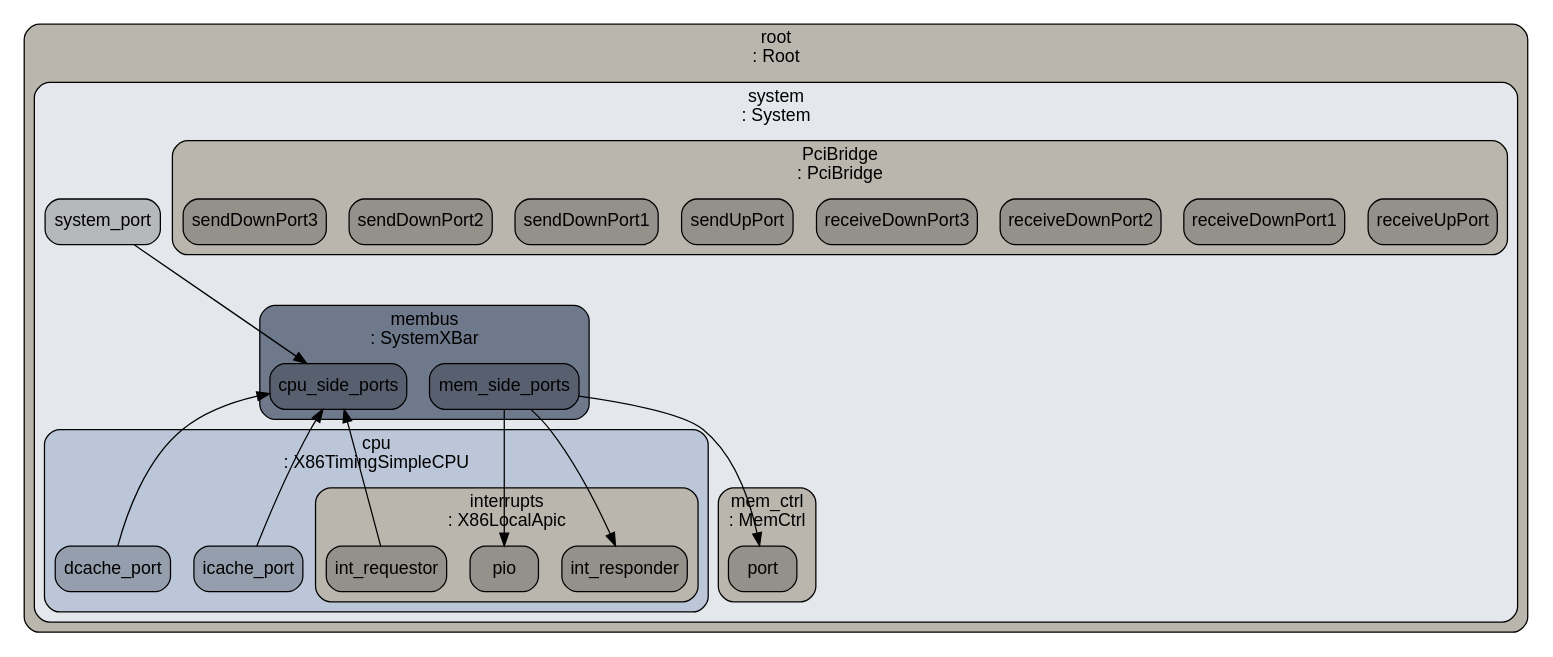
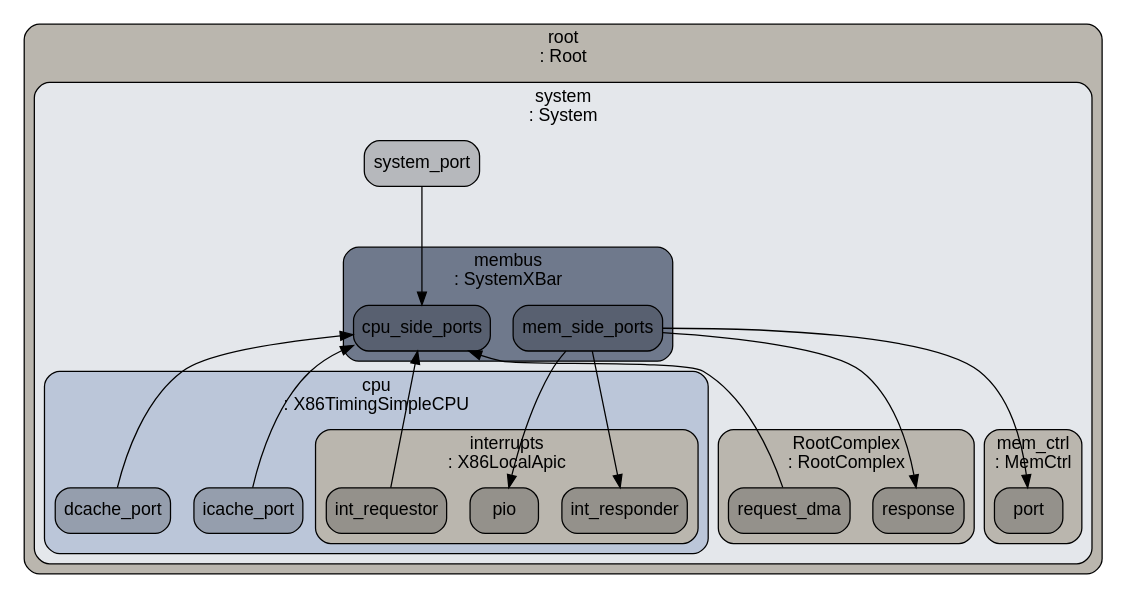
Before and after one commit to quyifei23/gem5-for-CXL: the diagram in gem5/m5out/config.dot, drawn with Graphviz. The commit also changed 14 other files, not shown here.

Commit message:
add PciBridge v2 and simplePciBridge.py without init PciHost

```diff
--- a/gem5/m5out/config.dot
+++ b/gem5/m5out/config.dot
@@ -329,24 +329,42 @@
 
 }
 
-subgraph cluster_system_PciBridge {
+subgraph cluster_system_PciHost {
+color="#000000";
+fillcolor="#c7a793";
+fontcolor="#000000";
+fontname=Arial;
+fontsize=14;
+label="PciHost \n: PciHost";
+shape=box;
+style="rounded, filled";
+tooltip="clk_domain&#61;system.clk_domain&#10;\eventq_index&#61;0&#10;\power_model&#61;&#10;\power_state&#61;system.PciHost.power_state&#10;\system&#61;system";
+subgraph cluster_system_PciHost_power_state {
 color="#000000";
 fillcolor="#bab6ae";
 fontcolor="#000000";
 fontname=Arial;
 fontsize=14;
-label="PciBridge \n: PciBridge";
+label="power_state \n: PowerState";
 shape=box;
 style="rounded, filled";
-tooltip="eventq_index&#61;0";
-system_PciBridge_receiveUpPort [color="#000000", fillcolor="#94918b", fontcolor="#000000", fontname=Arial, fontsize=14, label=receiveUpPort, shape=box, style="rounded, filled"];
-system_PciBridge_receiveDownPort1 [color="#000000", fillcolor="#94918b", fontcolor="#000000", fontname=Arial, fontsize=14, label=receiveDownPort1, shape=box, style="rounded, filled"];
-system_PciBridge_receiveDownPort2 [color="#000000", fillcolor="#94918b", fontcolor="#000000", fontname=Arial, fontsize=14, label=receiveDownPort2, shape=box, style="rounded, filled"];
-system_PciBridge_receiveDownPort3 [color="#000000", fillcolor="#94918b", fontcolor="#000000", fontname=Arial, fontsize=14, label=receiveDownPort3, shape=box, style="rounded, filled"];
-system_PciBridge_sendUpPort [color="#000000", fillcolor="#94918b", fontcolor="#000000", fontname=Arial, fontsize=14, label=sendUpPort, shape=box, style="rounded, filled"];
-system_PciBridge_sendDownPort1 [color="#000000", fillcolor="#94918b", fontcolor="#000000", fontname=Arial, fontsize=14, label=sendDownPort1, shape=box, style="rounded, filled"];
-system_PciBridge_sendDownPort2 [color="#000000", fillcolor="#94918b", fontcolor="#000000", fontname=Arial, fontsize=14, label=sendDownPort2, shape=box, style="rounded, filled"];
-system_PciBridge_sendDownPort3 [color="#000000", fillcolor="#94918b", fontcolor="#000000", fontname=Arial, fontsize=14, label=sendDownPort3, shape=box, style="rounded, filled"];
+tooltip="clk_gate_bins&#61;20&#10;\clk_gate_max&#61;1000000000000&#10;\clk_gate_min&#61;1000&#10;\default_state&#61;UNDEFINED&#10;\eventq_index&#61;0&#10;\leaders&#61;&#10;\possible_states&#61;";
+}
+
+}
+
+subgraph cluster_system_RootComplex {
+color="#000000";
+fillcolor="#bab6ae";
+fontcolor="#000000";
+fontname=Arial;
+fontsize=14;
+label="RootComplex \n: RootComplex";
+shape=box;
+style="rounded, filled";
+tooltip="BAR0Size&#61;0&#10;\BAR1Size&#61;0&#10;\BIST&#61;0&#10;\Bar0&#61;0&#10;\Bar1&#61;0&#10;\BridgeControl&#61;0&#10;\CacheLineSize&#61;0&#10;\CapabilityPointer&#61;208&#10;\ClassCode&#61;6&#10;\Command&#61;1031&#10;\DeviceId1&#61;40080&#10;\DeviceId2&#61;40082&#10;\DeviceId3&#61;40084&#10;\DeviceId_upstream&#61;33330&#10;\ExpansionROMBaseAddress&#61;0&#10;\HeaderType&#61;1&#10;\IOBase&#61;1&#10;\IOBaseUpper&#61;12032&#10;\IOLimit&#61;1&#10;\IOLimitUpper&#61;12032&#10;\InterruptLine&#61;32&#10;\InterruptPin&#61;1&#10;\LatencyTimer&#61;0&#10;\MemoryBase&#61;0&#10;\MemoryLimit&#61;0&#10;\PXCAPBaseOffset&#61;208&#10;\PXCAPCapId&#61;16&#10;\PXCAPCapabilities&#61;65&#10;\PXCAPCapabilities_downstream&#61;97&#10;\PXCAPCapabilities_upstream&#61;81&#10;\PXCAPDevCap2&#61;0&#10;\PXCAPDevCapabilities&#61;577&#10;\PXCAPDevCtrl&#61;4128&#10;\PXCAPDevCtrl2&#61;0&#10;\PXCAPDevStatus&#61;0&#10;\PXCAPLinkCap&#61;16814097&#10;\PXCAPLinkCtrl&#61;8&#10;\PXCAPLinkStatus&#61;17&#10;\PXCAPNextCapability&#61;0&#10;\PXCAPRootControl&#61;0&#10;\PXCAPRootStatus&#61;0&#10;\PrefetchableMemoryBase&#61;0&#10;\PrefetchableMemoryBaseUpper&#61;0&#10;\PrefetchableMemoryLimit&#61;0&#10;\PrefetchableMemoryLimitUpper&#61;0&#10;\PrimaryBusNumber&#61;0&#10;\ProgIF&#61;0&#10;\Revision&#61;0&#10;\SecondaryBusNumber&#61;0&#10;\SecondaryLatencyTimer&#61;0&#10;\SecondaryStatus&#61;0&#10;\Status&#61;16&#10;\SubClassCode&#61;4&#10;\SubordinateBusNumber&#61;0&#10;\VendorId&#61;32902&#10;\config_latency&#61;20000&#10;\delay&#61;0&#10;\eventq_index&#61;0&#10;\host&#61;system.PciHost&#10;\is_switch&#61;0&#10;\is_transmit&#61;0&#10;\pci_bus&#61;0&#10;\pci_dev1&#61;4&#10;\pci_dev2&#61;5&#10;\pci_dev3&#61;6&#10;\pci_func1&#61;0&#10;\pci_func2&#61;0&#10;\pci_func3&#61;0&#10;\pci_upstream_dev&#61;0&#10;\pci_upstream_func&#61;0&#10;\rc_id&#61;0&#10;\req_size&#61;16&#10;\resp_size&#61;16";
+system_RootComplex_response [color="#000000", fillcolor="#94918b", fontcolor="#000000", fontname=Arial, fontsize=14, label=response, shape=box, style="rounded, filled"];
+system_RootComplex_request_dma [color="#000000", fillcolor="#94918b", fontcolor="#000000", fontname=Arial, fontsize=14, label=request_dma, shape=box, style="rounded, filled"];
 }
 
 subgraph cluster_system_workload {
@@ -369,7 +387,9 @@
 system_membus_cpu_side_ports -> system_cpu_icache_port  [dir=back];
 system_membus_cpu_side_ports -> system_cpu_dcache_port  [dir=back];
 system_membus_cpu_side_ports -> system_cpu_interrupts_int_requestor  [dir=back];
+system_membus_cpu_side_ports -> system_RootComplex_request_dma  [dir=back];
 system_membus_mem_side_ports -> system_cpu_interrupts_pio  [dir=forward];
 system_membus_mem_side_ports -> system_cpu_interrupts_int_responder  [dir=forward];
 system_membus_mem_side_ports -> system_mem_ctrl_port  [dir=forward];
+system_membus_mem_side_ports -> system_RootComplex_response  [dir=forward];
 }
```
